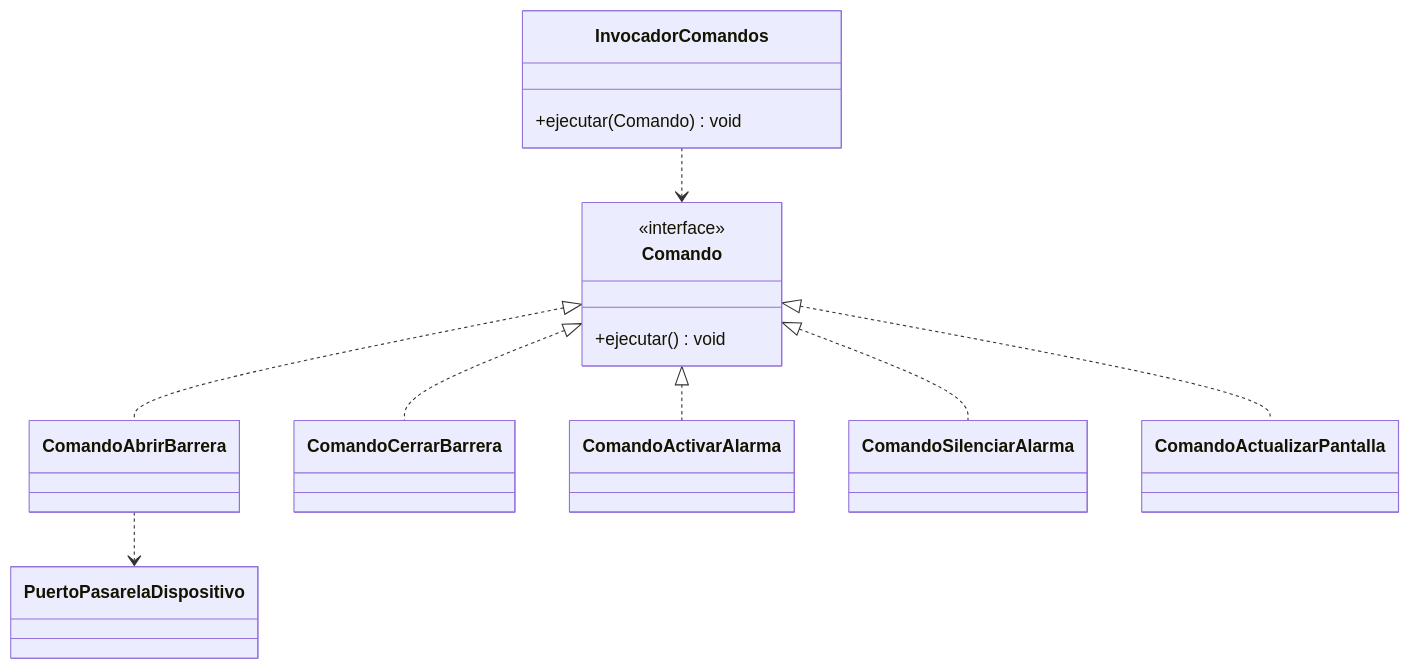
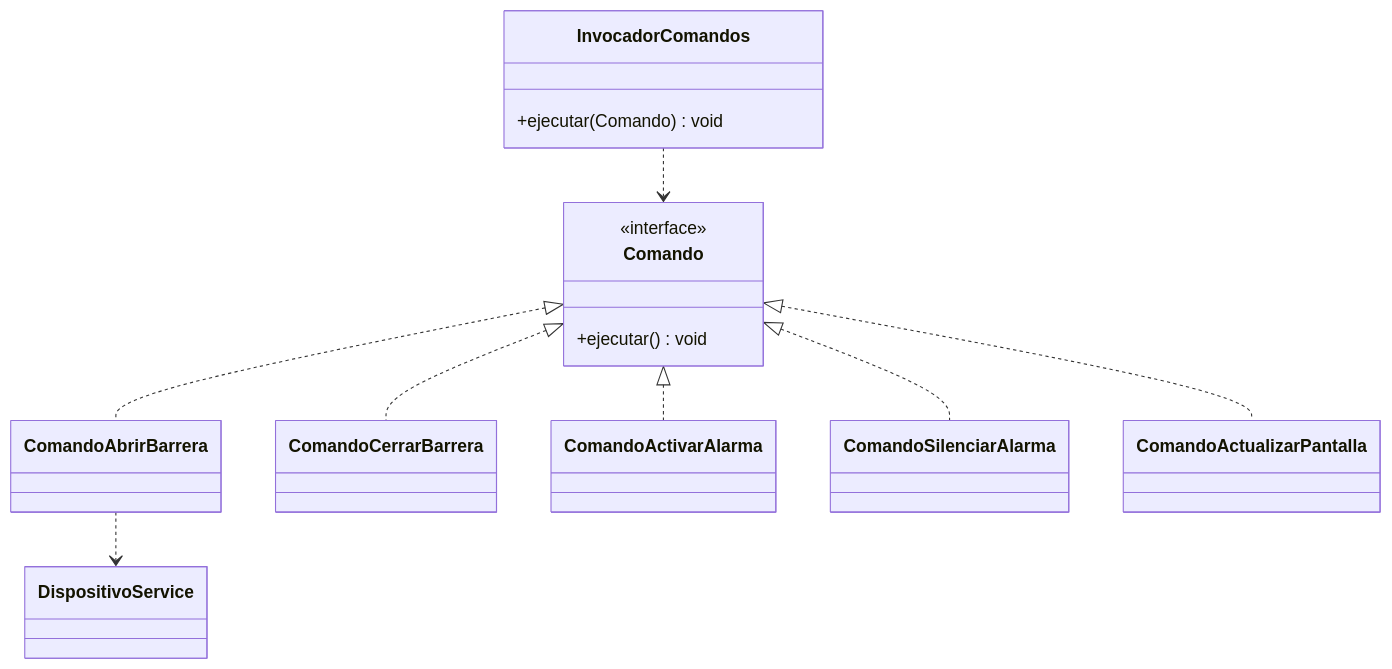
The ninth of 13 diagrams in docs/especificacion_tecnica_smart_parking.md (ElFernanduz/SmartParking), drawn with Mermaid before and after one commit. The commit also changed other lines of this file and 263 other files, not shown here.

````diff
--- a/docs/especificacion_tecnica_smart_parking.md
+++ b/docs/especificacion_tecnica_smart_parking.md
@@ -996,23 +1130,23 @@
 ```mermaid
 classDiagram
     class InvocadorComandos {
         +ejecutar(Comando) void
     }
     class Comando {
         <<interface>>
         +ejecutar() void
     }
     class ComandoAbrirBarrera
     class ComandoCerrarBarrera
     class ComandoActivarAlarma
     class ComandoSilenciarAlarma
     class ComandoActualizarPantalla
 
     Comando <|.. ComandoAbrirBarrera
     Comando <|.. ComandoCerrarBarrera
     Comando <|.. ComandoActivarAlarma
     Comando <|.. ComandoSilenciarAlarma
     Comando <|.. ComandoActualizarPantalla
     InvocadorComandos ..> Comando
-    ComandoAbrirBarrera ..> PuertoPasarelaDispositivo
+    ComandoAbrirBarrera ..> DispositivoService
 ```
````
